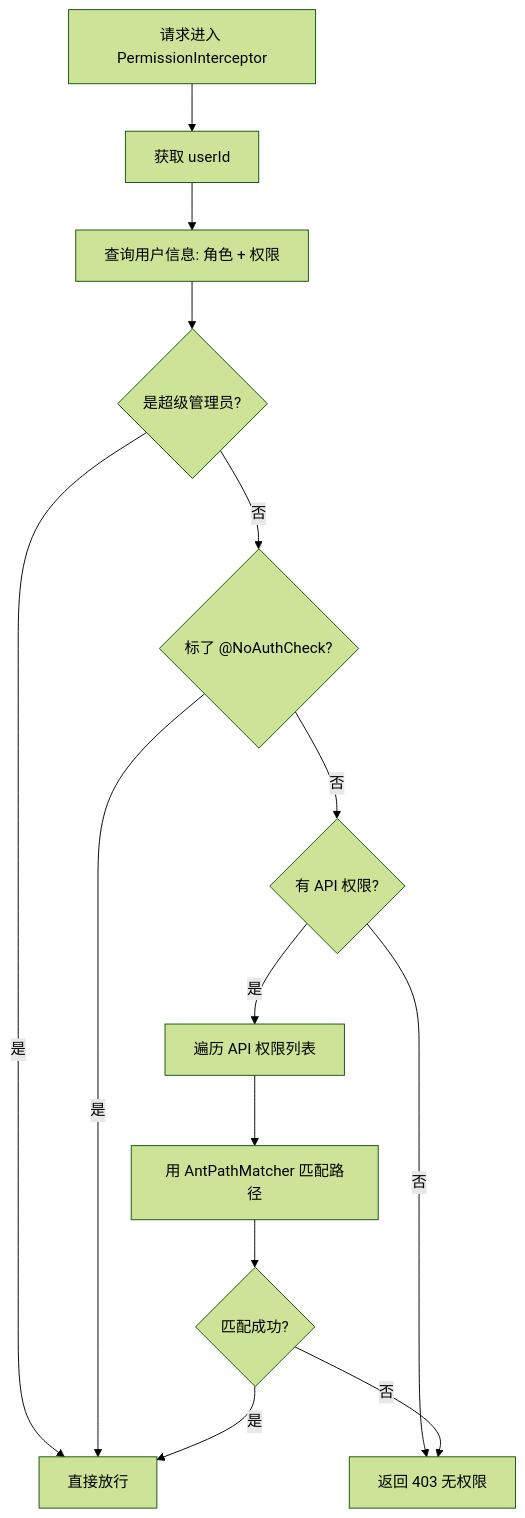
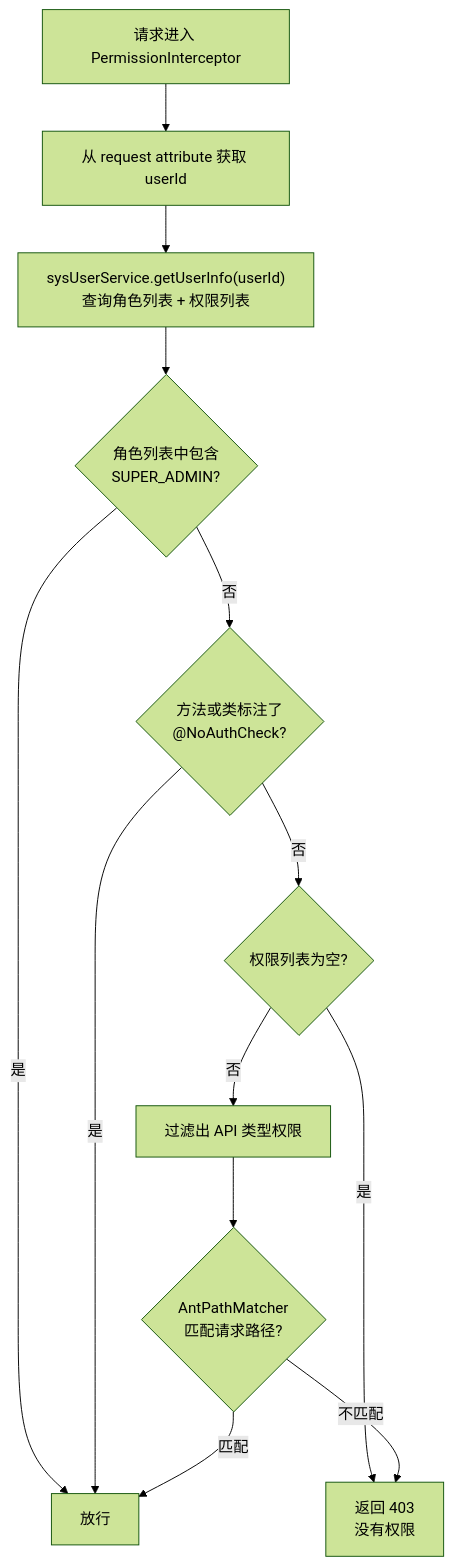
One commit to Smithhss/YanQue-Admin changed the fifth of 45 diagrams in docs/tutorial.md. Above: the diagram before and after it, drawn with Mermaid (forest theme). The commit also changed other lines of this file, not shown here.

First line of the commit message:
docs: 重绘第 5 章 PermissionInterceptor 流程图

````diff
--- a/docs/tutorial.md
+++ b/docs/tutorial.md
@@ -1817,19 +1817,19 @@
 ```mermaid
 flowchart TD
-    A[请求进入 PermissionInterceptor] --> B[获取 userId]
-    B --> C[查询用户信息: 角色 + 权限]
-    C --> D{是超级管理员?}
-    D -- 是 --> E[直接放行]
-    D -- 否 --> F{标了 @NoAuthCheck?}
+    A["请求进入 PermissionInterceptor"] --> B["从 request attribute 获取 userId"]
+    B --> C["sysUserService.getUserInfo(userId)<br/>查询角色列表 + 权限列表"]
+    C --> D{"角色列表中包含<br/>SUPER_ADMIN?"}
 
-    F -- 是 --> E
-    F -- 否 --> G{有 API 权限?}
+    D -- 是 --> PASS["放行"]
+    D -- 否 --> E{"方法或类标注了<br/>@NoAuthCheck?"}
 
-    G -- 否 --> H[返回 403 无权限]
-    G -- 是 --> I[遍历 API 权限列表]
+    E -- 是 --> PASS
+    E -- 否 --> F{"权限列表为空?"}
 
-    I --> J[用 AntPathMatcher 匹配路径]
-    J --> K{匹配成功?}
-    K -- 是 --> E
-    K -- 否 --> H
+    F -- 是 --> DENY["返回 403<br/>没有权限"]
+    F -- 否 --> G["过滤出 API 类型权限"]
+
+    G --> H{"AntPathMatcher<br/>匹配请求路径?"}
+    H -- 匹配 --> PASS
+    H -- 不匹配 --> DENY
 ```
````
